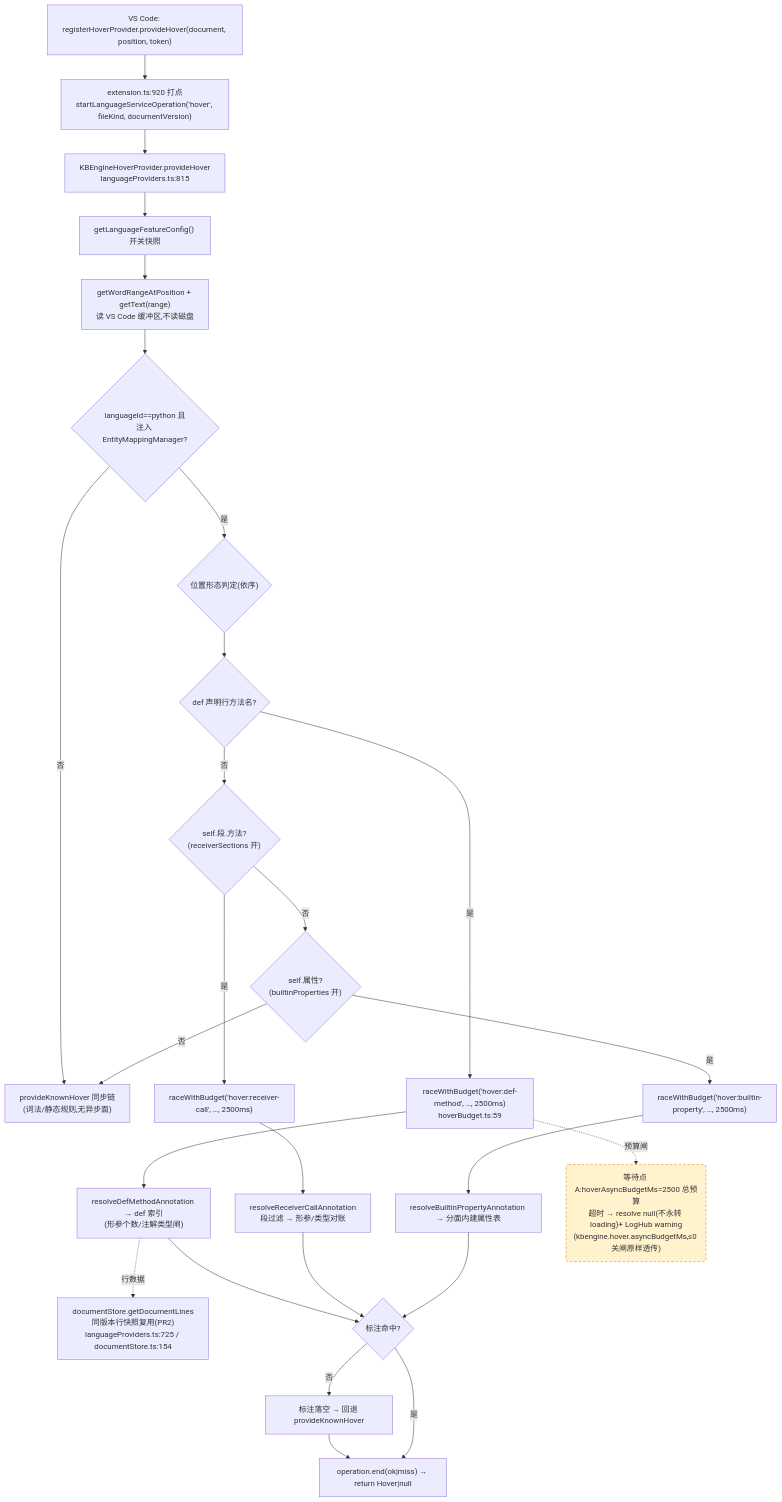
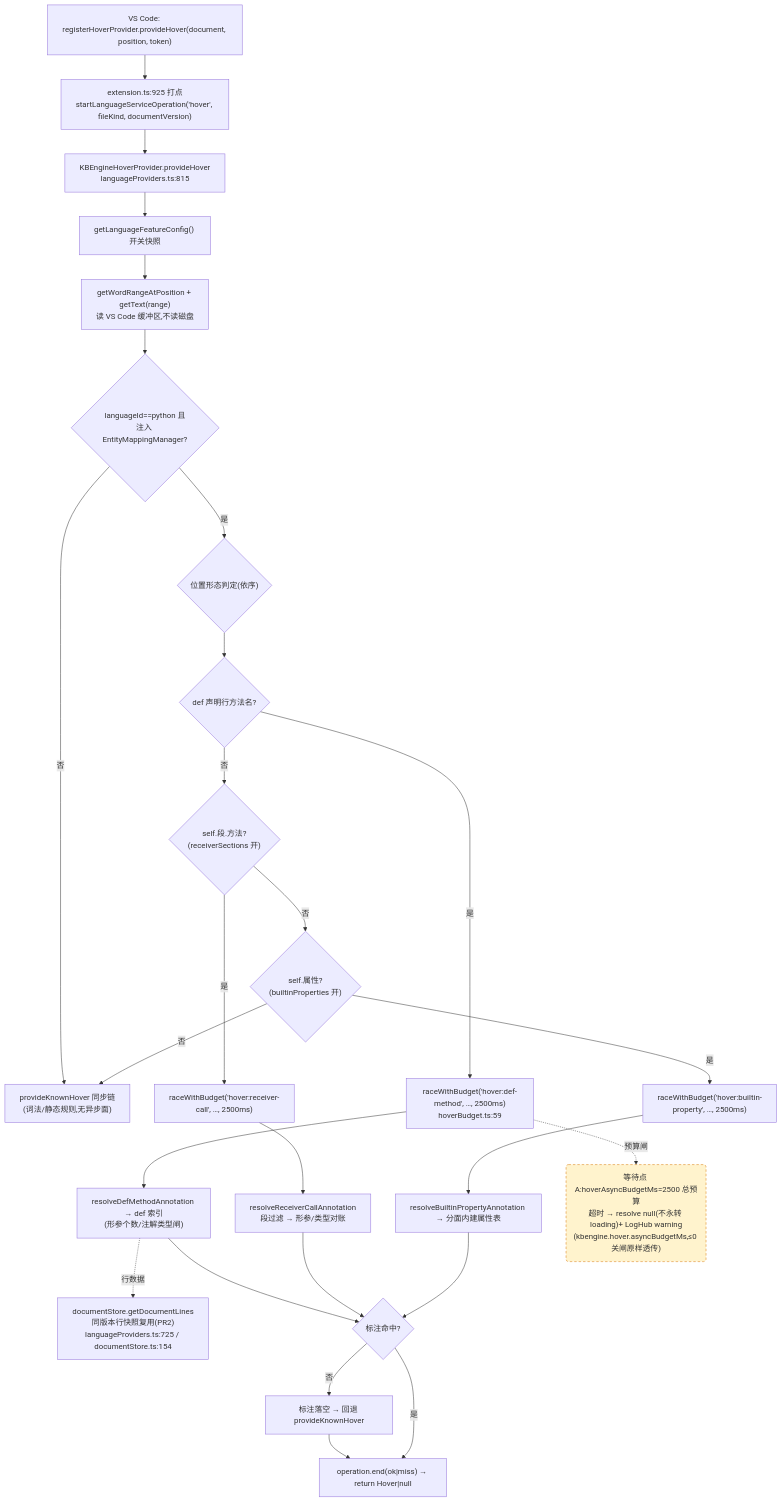
Before and after one commit to cuihairu/kode: the first of 4 diagrams in docs/perf/2026-baseline.md, drawn with Mermaid. The commit also changed other lines of this file and 10 other files, not shown here.

````diff
--- a/docs/perf/2026-baseline.md
+++ b/docs/perf/2026-baseline.md
@@ -82,45 +82,45 @@
 ```mermaid
 flowchart TD
   VC1["VS Code: registerHoverProvider.provideHover(document, position, token)"]
-  M1["extension.ts:920 打点<br/>startLanguageServiceOperation('hover', fileKind, documentVersion)"]
+  M1["extension.ts:925 打点<br/>startLanguageServiceOperation('hover', fileKind, documentVersion)"]
   HP["KBEngineHoverProvider.provideHover<br/>languageProviders.ts:815"]
   CFG["getLanguageFeatureConfig() 开关快照"]
   WORD["getWordRangeAtPosition + getText(range)<br/>读 VS Code 缓冲区,不读磁盘"]
   BR{"languageId==python 且<br/>注入 EntityMappingManager?"}
   KN["provideKnownHover 同步链<br/>(词法/静态规则,无异步面)"]
   POS{"位置形态判定(依序)"}
   D1{"def 声明行方法名?"}
   D2{"self.段.方法?<br/>(receiverSections 开)"}
   D3{"self.属性?<br/>(builtinProperties 开)"}
   RA1["raceWithBudget('hover:def-method', …, 2500ms)<br/>hoverBudget.ts:59"]
   RA2["raceWithBudget('hover:receiver-call', …, 2500ms)"]
   RA3["raceWithBudget('hover:builtin-property', …, 2500ms)"]
   RS1["resolveDefMethodAnnotation → def 索引<br/>(形参个数/注解类型闸)"]
   RS2["resolveReceiverCallAnnotation<br/>段过滤 → 形参/类型对账"]
   RS3["resolveBuiltinPropertyAnnotation → 分面内建属性表"]
   LINES["documentStore.getDocumentLines<br/>同版本行快照复用(PR2)<br/>languageProviders.ts:725 / documentStore.ts:154"]
   MISS["标注落空 → 回退 provideKnownHover"]
   END1["operation.end(ok|miss) → return Hover|null"]
 
   VC1 --> M1 --> HP --> CFG --> WORD --> BR
   BR -- "否" --> KN
   BR -- "是" --> POS --> D1
   D1 -- "是" --> RA1 --> RS1
   D1 -- "否" --> D2
   D2 -- "是" --> RA2 --> RS2
   D2 -- "否" --> D3
   D3 -- "是" --> RA3 --> RS3
   D3 -- "否" --> KN
   RS1 --> HIT{"标注命中?"}
   RS2 --> HIT
   RS3 --> HIT
   RS1 -.->|行数据| LINES
   HIT -- "否" --> MISS --> END1
   HIT -- "是" --> END1
 
   WAITA("等待点 A:hoverAsyncBudgetMs=2500 总预算<br/>超时 → resolve null(不永转 loading)+ LogHub warning<br/>(kbengine.hover.asyncBudgetMs,≤0 关闸原样透传)")
   RA1 -.->|预算闸| WAITA
 
   classDef waitPoint fill:#fff3cd,stroke:#d97706,stroke-dasharray:5 4;
   class WAITA waitPoint;
 ```
````
